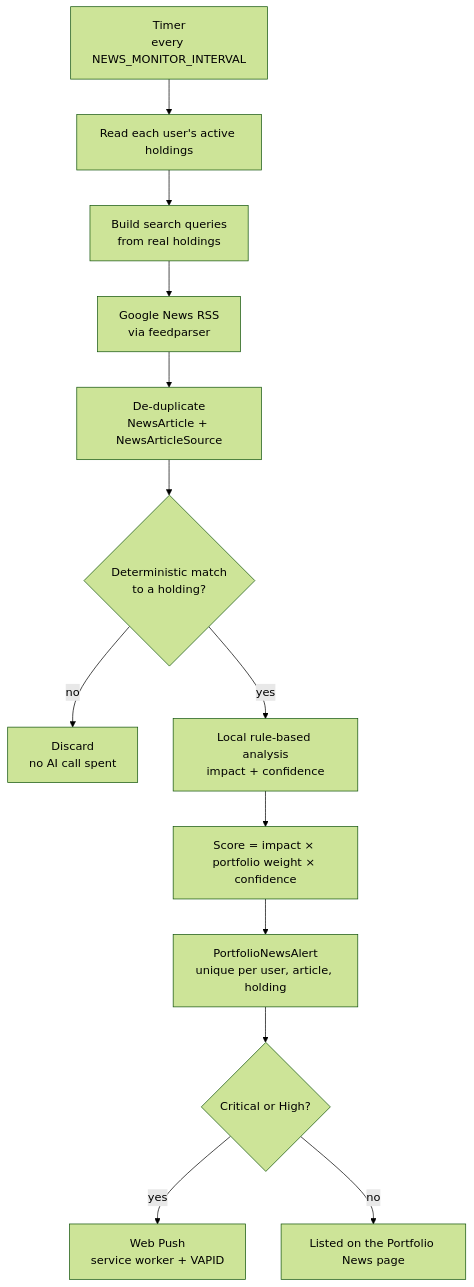
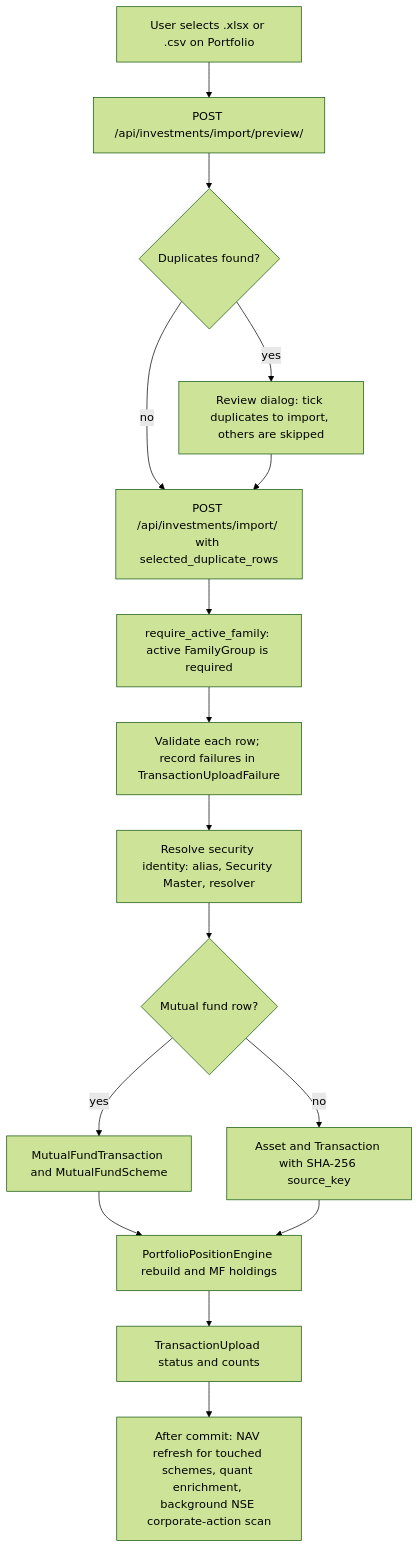
One commit to avviiiral/Personal_Wealth_Monitoring_System changed the fifth of 7 diagrams in README.md. Above: the diagram before and after it, drawn with Mermaid (forest theme). The commit also changed other lines of this file and 1 other file, not shown here.

````diff
--- a/README.md
+++ b/README.md
@@ -985,15 +455,18 @@
 ```mermaid
 flowchart TD
-    T["Timer<br/>every NEWS_MONITOR_INTERVAL"] --> H["Read each user's active holdings"]
-    H --> Q["Build search queries<br/>from real holdings"]
-    Q --> R["Google News RSS<br/>via feedparser"]
-    R --> D["De-duplicate<br/>NewsArticle + NewsArticleSource"]
-    D --> M{"Deterministic match<br/>to a holding?"}
-    M -- no --> X["Discard<br/>no AI call spent"]
-    M -- yes --> G["Local rule-based analysis<br/>impact + confidence"]
-    G --> S["Score = impact × portfolio weight × confidence"]
-    S --> A["PortfolioNewsAlert<br/>unique per user, article, holding"]
-    A --> C{"Critical or High?"}
-    C -- yes --> N["Web Push<br/>service worker + VAPID"]
-    C -- no --> P["Listed on the Portfolio News page"]
+    U["User selects .xlsx or .csv on Portfolio"] --> P["POST /api/investments/import/preview/"]
+    P --> D{"Duplicates found?"}
+    D -->|"yes"| R["Review dialog: tick duplicates to import, others are skipped"]
+    D -->|"no"| I
+    R --> I["POST /api/investments/import/ with selected_duplicate_rows"]
+    I --> F["require_active_family: active FamilyGroup is required"]
+    F --> V["Validate each row; record failures in TransactionUploadFailure"]
+    V --> ID["Resolve security identity: alias, Security Master, resolver"]
+    ID --> T{"Mutual fund row?"}
+    T -->|"yes"| MF["MutualFundTransaction and MutualFundScheme"]
+    T -->|"no"| TX["Asset and Transaction with SHA-256 source_key"]
+    MF --> RB["PortfolioPositionEngine rebuild and MF holdings"]
+    TX --> RB
+    RB --> UP["TransactionUpload status and counts"]
+    UP --> AFTER["After commit: NAV refresh for touched schemes, quant enrichment, background NSE corporate-action scan"]
 ```
````
